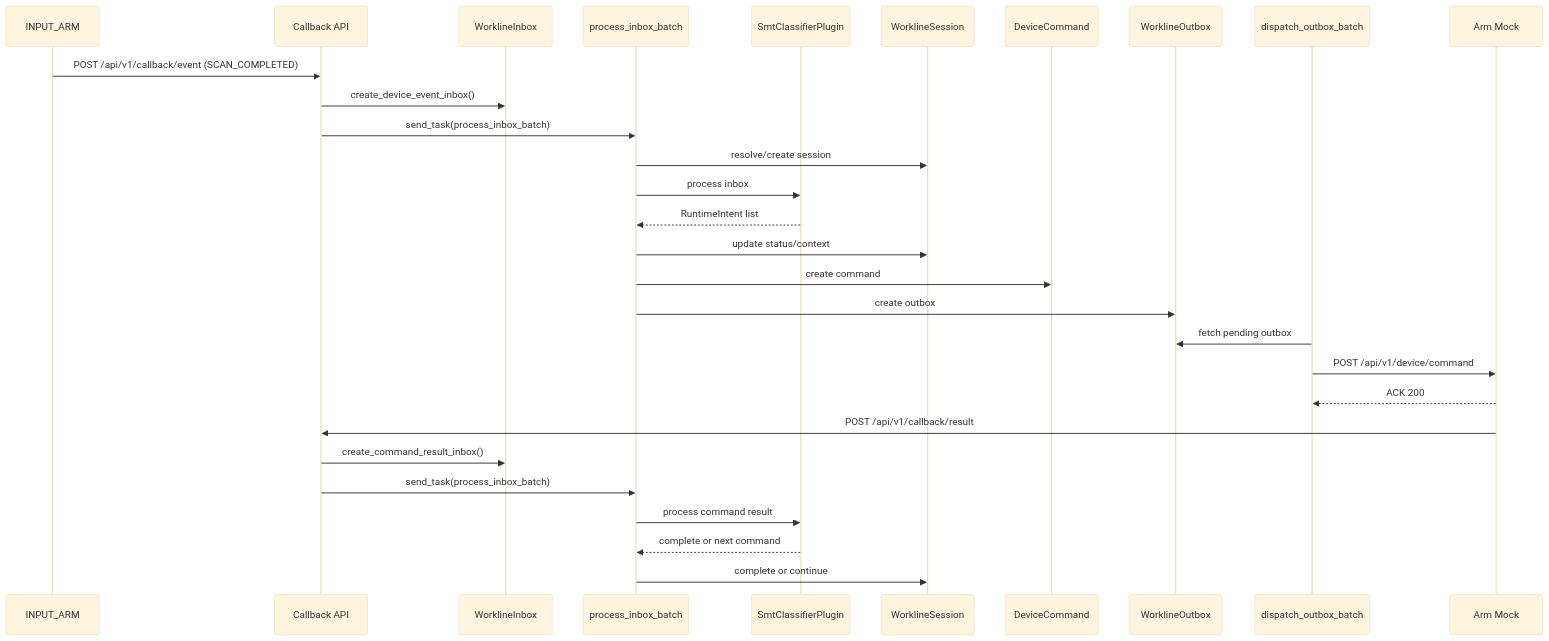
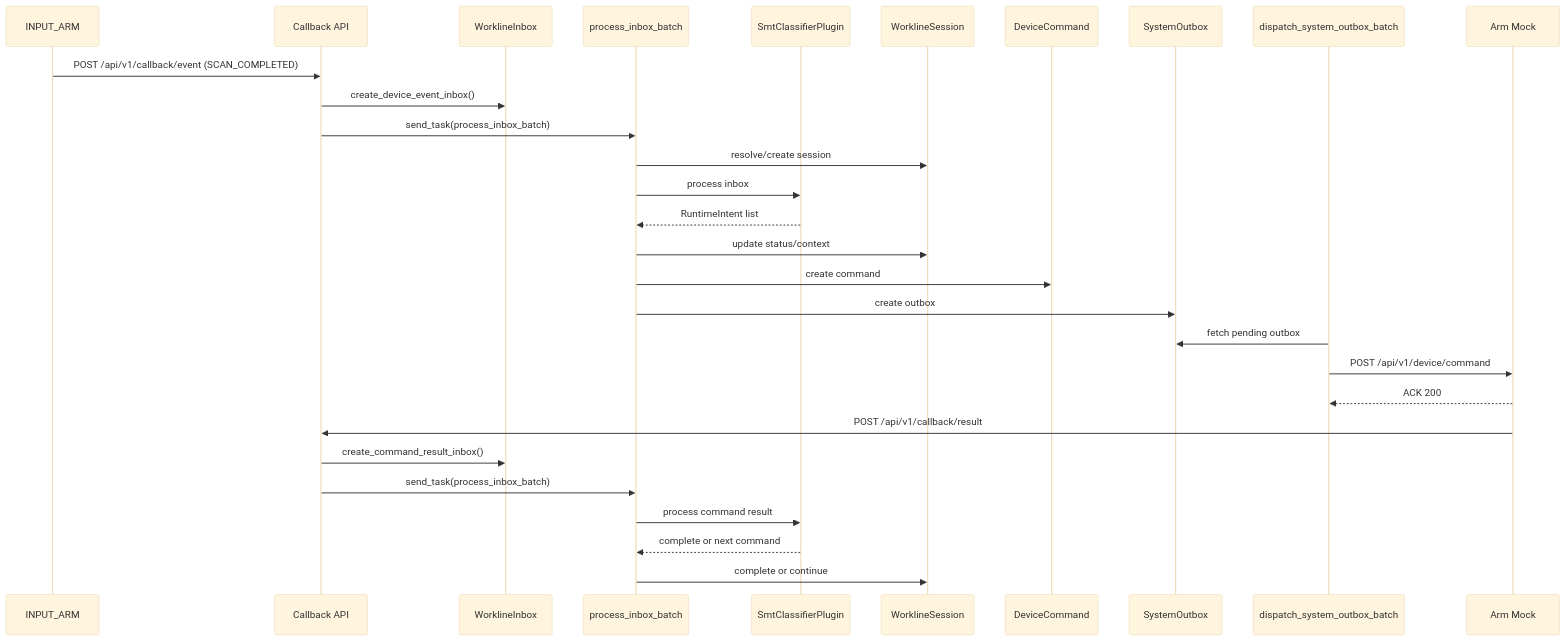
One commit to kaizhoumasha/wes_backend changed the diagram in docs/business/workline_smt_classifier_runtime_flow.md. Above: the diagram before and after it, drawn with Mermaid (base theme). The commit also changed other lines of this file and 132 other files, not shown here.

````diff
--- a/docs/business/workline_smt_classifier_runtime_flow.md
+++ b/docs/business/workline_smt_classifier_runtime_flow.md
@@ -213,35 +213,35 @@
 ```mermaid
 sequenceDiagram
     participant IA as INPUT_ARM
     participant CB as Callback API
     participant IB as WorklineInbox
     participant CEL as process_inbox_batch
     participant PLG as SmtClassifierPlugin
     participant SES as WorklineSession
     participant CMD as DeviceCommand
-    participant OUT as WorklineOutbox
-    participant DISP as dispatch_outbox_batch
+    participant OUT as SystemOutbox
+    participant DISP as dispatch_system_outbox_batch
     participant ARM as Arm Mock
 
     IA->>CB: POST /api/v1/callback/event (SCAN_COMPLETED)
     CB->>IB: create_device_event_inbox()
     CB->>CEL: send_task(process_inbox_batch)
 
     CEL->>SES: resolve/create session
     CEL->>PLG: process inbox
     PLG-->>CEL: RuntimeIntent list
     CEL->>SES: update status/context
     CEL->>CMD: create command
     CEL->>OUT: create outbox
 
     DISP->>OUT: fetch pending outbox
     DISP->>ARM: POST /api/v1/device/command
     ARM-->>DISP: ACK 200
     ARM->>CB: POST /api/v1/callback/result
     CB->>IB: create_command_result_inbox()
     CB->>CEL: send_task(process_inbox_batch)
 
     CEL->>PLG: process command result
     PLG-->>CEL: complete or next command
     CEL->>SES: complete or continue
 ```
````
